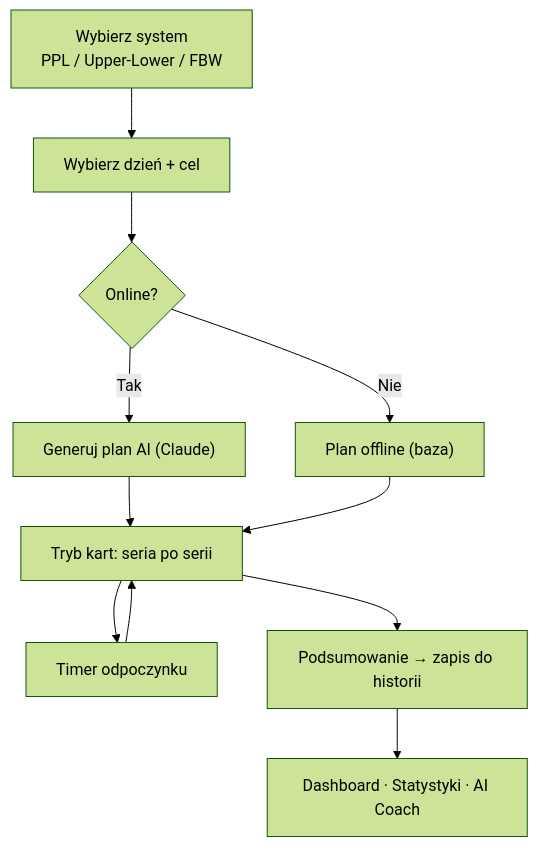
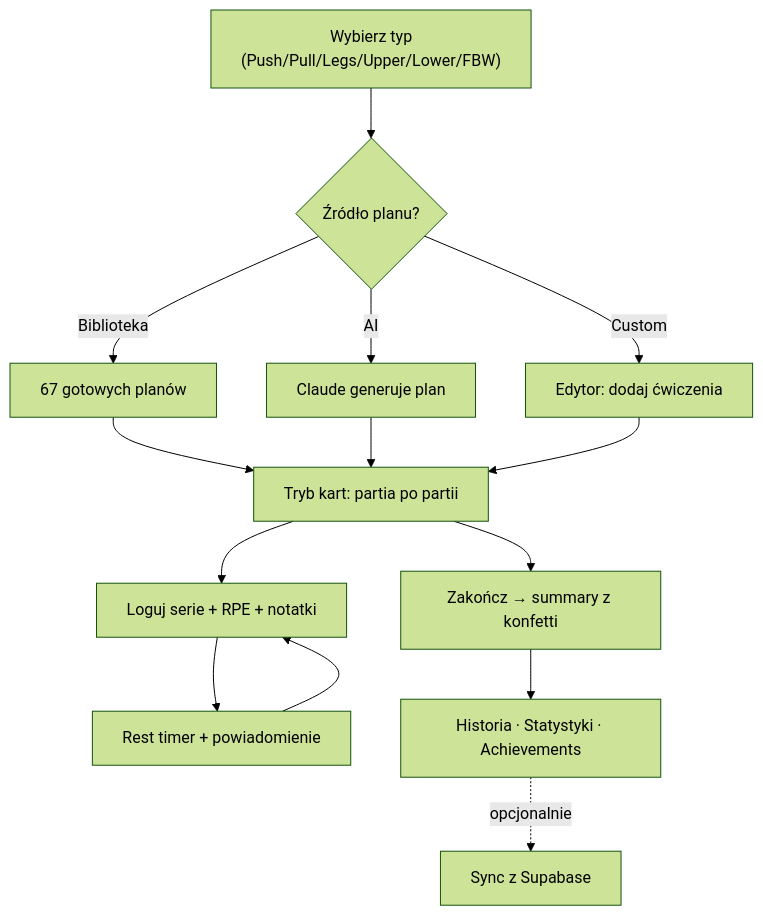
One commit to LukaszBonio/trening changed the second of 2 diagrams in README.md. Above: the diagram before and after it, drawn with Mermaid (forest theme). The commit also changed other lines of this file, not shown here.

````diff
--- a/README.md
+++ b/README.md
@@ -212,13 +256,16 @@
 ```mermaid
 flowchart TD
-    A["Wybierz system<br/>PPL / Upper-Lower / FBW"] --> B["Wybierz dzień + cel"]
-    B --> C{"Online?"}
-    C -->|Tak| D["Generuj plan AI (Claude)"]
-    C -->|Nie| E["Plan offline (baza)"]
-    D --> F["Tryb kart: seria po serii"]
-    E --> F
-    F --> G["Timer odpoczynku"]
-    G --> F
-    F --> H["Podsumowanie → zapis do historii"]
-    H --> I["Dashboard · Statystyki · AI Coach"]
+    A["Wybierz typ<br/>(Push/Pull/Legs/Upper/Lower/FBW)"] --> B{"Źródło planu?"}
+    B -->|Biblioteka| C1["67 gotowych planów"]
+    B -->|AI| C2["Claude generuje plan"]
+    B -->|Custom| C3["Edytor: dodaj ćwiczenia"]
+    C1 --> D["Tryb kart: partia po partii"]
+    C2 --> D
+    C3 --> D
+    D --> E["Loguj serie + RPE + notatki"]
+    E --> F["Rest timer + powiadomienie"]
+    F --> E
+    D --> G["Zakończ → summary z konfetti"]
+    G --> H["Historia · Statystyki · Achievements"]
+    H -.->|opcjonalnie| I["Sync z Supabase"]
 ```
````
